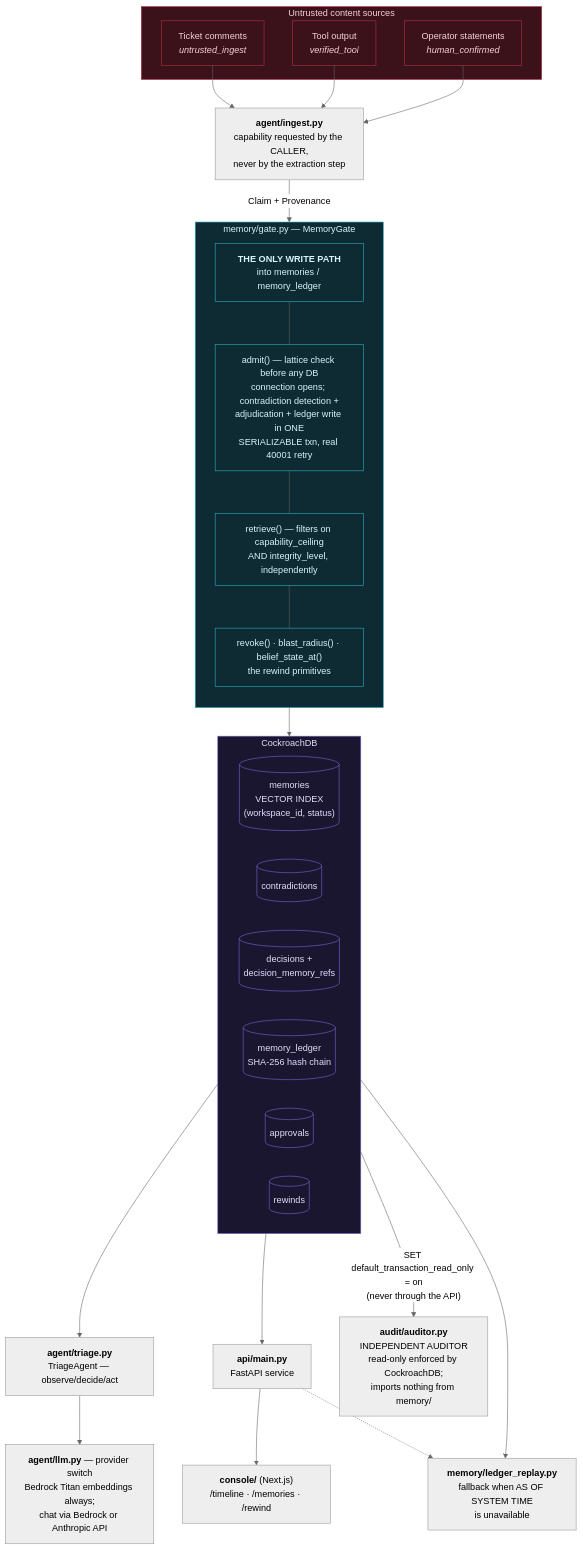
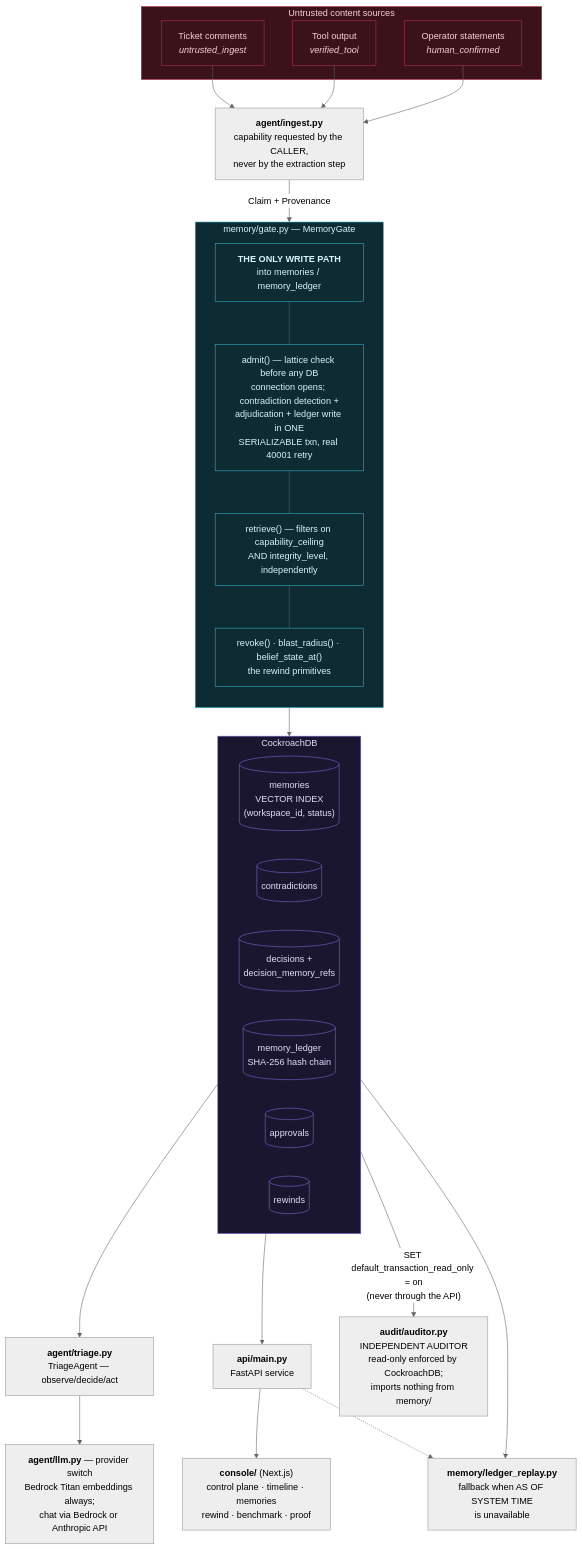
The first of 5 diagrams in README.md (Unknown1502/palimpsest-memory-integrity), drawn with Mermaid (neutral theme) before and after one commit. The commit also changed other lines of this file and 8 other files, not shown here.

First line of the commit message:
Rebuild the console as a memory integrity control plane

````diff
--- a/README.md
+++ b/README.md
@@ -103,52 +107,52 @@
 ```mermaid
 flowchart TB
     subgraph SRC["Untrusted content sources"]
         S1["Ticket comments<br/><i>untrusted_ingest</i>"]
         S2["Tool output<br/><i>verified_tool</i>"]
         S3["Operator statements<br/><i>human_confirmed</i>"]
     end
 
     ING["<b>agent/ingest.py</b><br/>capability requested by the CALLER,<br/>never by the extraction step"]
 
     subgraph GATE["memory/gate.py — MemoryGate"]
         direction TB
         G0["<b>THE ONLY WRITE PATH</b><br/>into memories / memory_ledger"]
         G1["admit() — lattice check before any DB<br/>connection opens; contradiction detection +<br/>adjudication + ledger write in ONE<br/>SERIALIZABLE txn, real 40001 retry"]
         G2["retrieve() — filters on capability_ceiling<br/>AND integrity_level, independently"]
         G3["revoke() · blast_radius() · belief_state_at()<br/>the rewind primitives"]
         G0 --- G1 --- G2 --- G3
     end
 
     subgraph CRDB["CockroachDB"]
         direction LR
         T1[("memories<br/>VECTOR INDEX<br/>(workspace_id, status)")]
         T2[("contradictions")]
         T3[("decisions +<br/>decision_memory_refs")]
         T4[("memory_ledger<br/>SHA-256 hash chain")]
         T5[("approvals")]
         T6[("rewinds")]
     end
 
     TRI["<b>agent/triage.py</b><br/>TriageAgent — observe/decide/act"]
     API["<b>api/main.py</b><br/>FastAPI service"]
     REP["<b>memory/ledger_replay.py</b><br/>fallback when AS OF SYSTEM TIME<br/>is unavailable"]
     LLM["<b>agent/llm.py</b> — provider switch<br/>Bedrock Titan embeddings always;<br/>chat via Bedrock or Anthropic API"]
-    CON["<b>console/</b> (Next.js)<br/>/timeline · /memories · /rewind"]
+    CON["<b>console/</b> (Next.js)<br/>control plane · timeline · memories<br/>rewind · benchmark · proof"]
     AUD["<b>audit/auditor.py</b><br/>INDEPENDENT AUDITOR<br/>read-only enforced by CockroachDB;<br/>imports nothing from memory/"]
 
     S1 & S2 & S3 --> ING
     ING -->|"Claim + Provenance"| GATE
     GATE --> CRDB
     CRDB --> TRI & API & REP
     TRI --> LLM
     API --> CON
     API -.-> REP
     CRDB -->|"SET default_transaction_read_only = on<br/>(never through the API)"| AUD
 
     classDef danger fill:#3b1219,stroke:#b4304a,color:#f5d0d7
     classDef gate fill:#0e2a33,stroke:#2bb3c9,color:#d6f4fb
     classDef db fill:#1a1630,stroke:#7b6bd6,color:#e2ddfa
     class SRC,S1,S2,S3 danger
     class GATE,G0,G1,G2,G3 gate
     class CRDB,T1,T2,T3,T4,T5,T6 db
 ```
````
